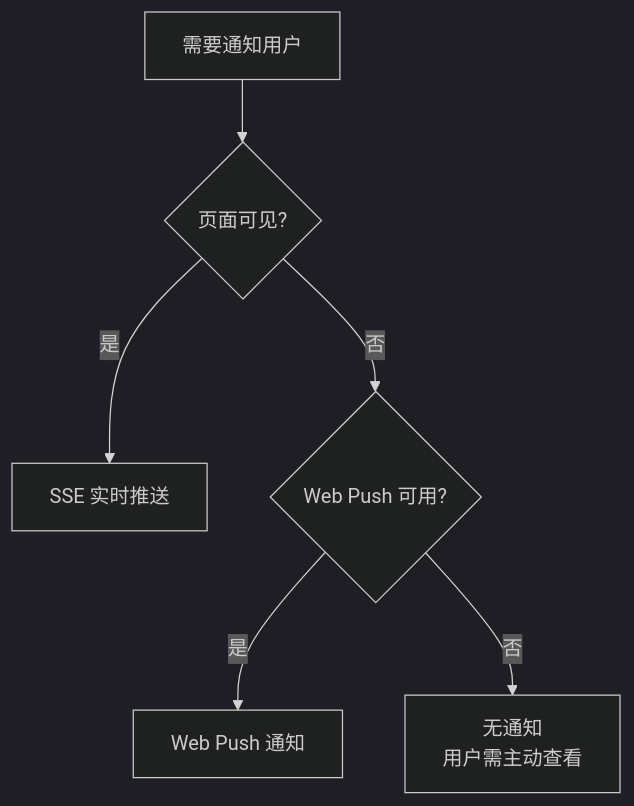
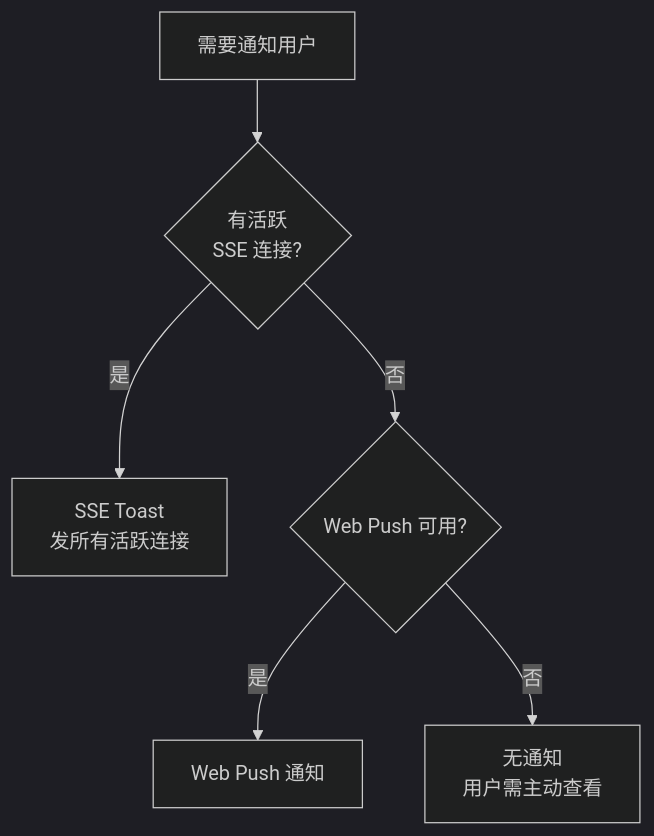
One commit to ModuBit/mobi changed the fourth of 8 diagrams in docs/architecture/hub/push/README.md. Above: the diagram before and after it, drawn with Mermaid (dark theme). The commit also changed other lines of this file and 6 other files, not shown here.

````diff
--- a/docs/architecture/hub/push/README.md
+++ b/docs/architecture/hub/push/README.md
@@ -159,15 +159,15 @@
 ```mermaid
 flowchart TB
     need[需要通知用户]
-    visible{页面可见?}
-    sse[SSE 实时推送]
+    active{有活跃<br/>SSE 连接?}
+    sse[SSE Toast<br/>发所有活跃连接]
     push{Web Push 可用?}
     webpush[Web Push 通知]
     fallback[无通知<br/>用户需主动查看]
 
-    need --> visible
-    visible -->|是| sse
-    visible -->|否| push
+    need --> active
+    active -->|是| sse
+    active -->|否| push
     push -->|是| webpush
     push -->|否| fallback
 ```
````
